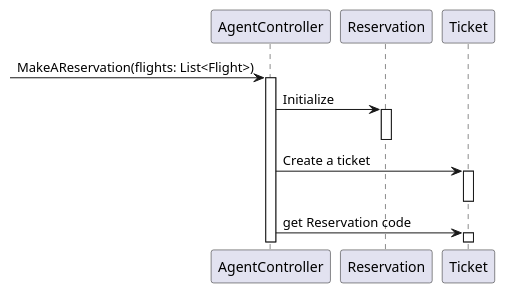
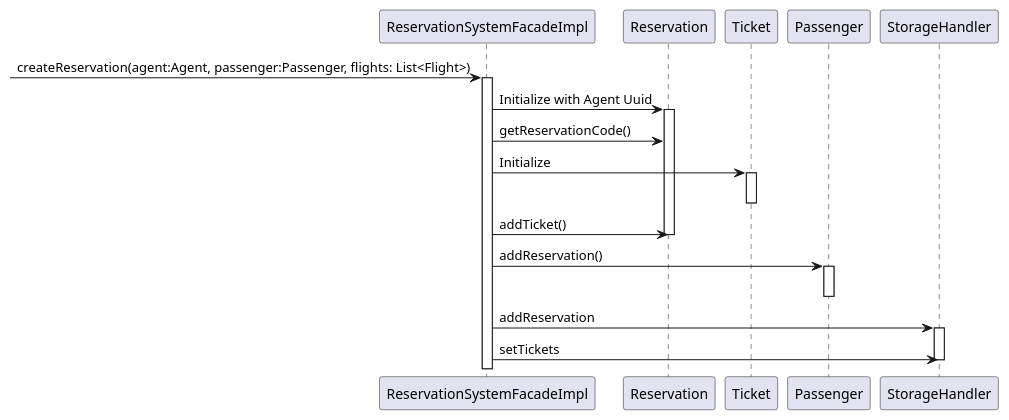
The diagram in Diagrams/Sequence/Agent/6_make_reservation.puml (AlperenElbasan/FlightReservationSystem), drawn with PlantUML before and after one commit. The commit also changed 5 other files, not shown here.

Commit message:
update diagrams

```diff
--- a/Diagrams/Sequence/Agent/6_make_reservation.puml
+++ b/Diagrams/Sequence/Agent/6_make_reservation.puml
@@ -1,16 +1,26 @@
-@startuml
+@startuml agent_reservation
 
--> AgentController: MakeAReservation(flights: List<Flight>)
-activate AgentController
-AgentController -> Reservation : Initialize
+-> ReservationSystemFacadeImpl: createReservation(agent:Agent, passenger:Passenger, flights: List<Flight>)
+activate ReservationSystemFacadeImpl
+ReservationSystemFacadeImpl -> Reservation : Initialize with Agent Uuid
 activate Reservation
-deactivate Reservation
 
-AgentController -> Ticket: Create a ticket
+ReservationSystemFacadeImpl -> Reservation: getReservationCode()
+
+ReservationSystemFacadeImpl -> Ticket: Initialize
 activate Ticket
 deactivate Ticket
 
-AgentController -> Ticket: get Reservation code
-activate Ticket
+ReservationSystemFacadeImpl -> Reservation: addTicket()
+deactivate Reservation
+
+ReservationSystemFacadeImpl -> Passenger: addReservation()
+activate Passenger
+deactivate Passenger
+
+ReservationSystemFacadeImpl -> StorageHandler: addReservation
+activate StorageHandler
+ReservationSystemFacadeImpl -> StorageHandler: setTickets
+deactivate StorageHandler
 
 @enduml
```
